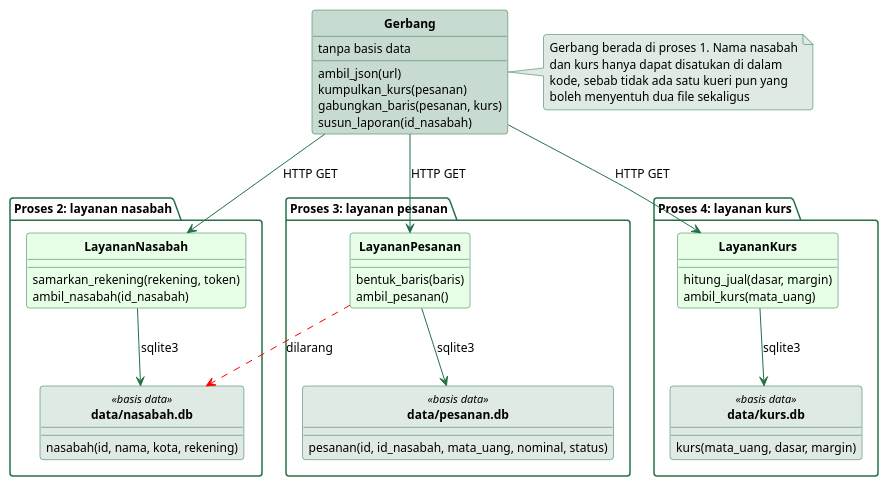
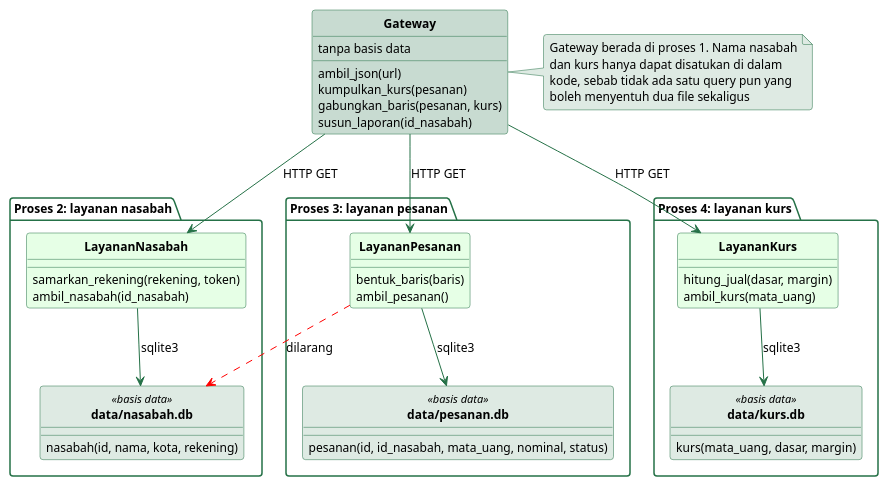
The diagram in sources/chapter13/diagram/kelas-mikroservis.puml (alfa-yohannis/software-architecture), drawn with PlantUML before and after one commit. The commit also changed other lines of this file and 43 other files, not shown here.

```diff
--- a/sources/chapter13/diagram/kelas-mikroservis.puml
+++ b/sources/chapter13/diagram/kelas-mikroservis.puml
@@ -13,83 +13,83 @@
 @startuml
 skinparam backgroundColor transparent
 skinparam defaultFontName Titillium Web
 skinparam defaultFontSize 13
 skinparam shadowing false
 skinparam roundCorner 6
 skinparam classAttributeIconSize 0
 skinparam classFontStyle bold
 skinparam ArrowColor #257147
 skinparam ArrowFontSize 12
 skinparam class {
   BorderColor #257147
   BackgroundColor #EBEBFF
   FontColor black
   AttributeFontSize 12
   StereotypeFontSize 11
 }
 skinparam package {
   BorderColor #257147
   BackgroundColor transparent
   FontColor black
   FontSize 12
 }
 skinparam note {
   BackgroundColor #DEEAE3
   BorderColor #257147
   FontSize 12
 }
 hide circle
 
-class Gerbang #C8DBD1 {
+class Gateway #C8DBD1 {
   tanpa basis data
   ambil_json(url)
   kumpulkan_kurs(pesanan)
   gabungkan_baris(pesanan, kurs)
   susun_laporan(id_nasabah)
 }
 
 package "Proses 2: layanan nasabah" {
   class LayananNasabah #E6FFE6 {
     samarkan_rekening(rekening, token)
     ambil_nasabah(id_nasabah)
   }
   class "data/nasabah.db" as DbNasabah <<basis data>> #DEEAE3 {
     nasabah(id, nama, kota, rekening)
   }
 }
 
 package "Proses 3: layanan pesanan" {
   class LayananPesanan #E6FFE6 {
     bentuk_baris(baris)
     ambil_pesanan()
   }
   class "data/pesanan.db" as DbPesanan <<basis data>> #DEEAE3 {
     pesanan(id, id_nasabah, mata_uang, nominal, status)
   }
 }
 
 package "Proses 4: layanan kurs" {
   class LayananKurs #E6FFE6 {
     hitung_jual(dasar, margin)
     ambil_kurs(mata_uang)
   }
   class "data/kurs.db" as DbKurs <<basis data>> #DEEAE3 {
     kurs(mata_uang, dasar, margin)
   }
 }
 
-Gerbang -down-> LayananNasabah : HTTP GET
-Gerbang -down-> LayananPesanan : HTTP GET
-Gerbang -down-> LayananKurs : HTTP GET
+Gateway -down-> LayananNasabah : HTTP GET
+Gateway -down-> LayananPesanan : HTTP GET
+Gateway -down-> LayananKurs : HTTP GET
 LayananNasabah -down-> DbNasabah : sqlite3
 LayananPesanan -down-> DbPesanan : sqlite3
 LayananKurs -down-> DbKurs : sqlite3
 LayananPesanan -[#red,dashed]-> DbNasabah : dilarang
 
-note right of Gerbang
-  Gerbang berada di proses 1. Nama nasabah
+note right of Gateway
+  Gateway berada di proses 1. Nama nasabah
   dan kurs hanya dapat disatukan di dalam
-  kode, sebab tidak ada satu kueri pun yang
+  kode, sebab tidak ada satu query pun yang
   boleh menyentuh dua file sekaligus
 end note
 @enduml
```
